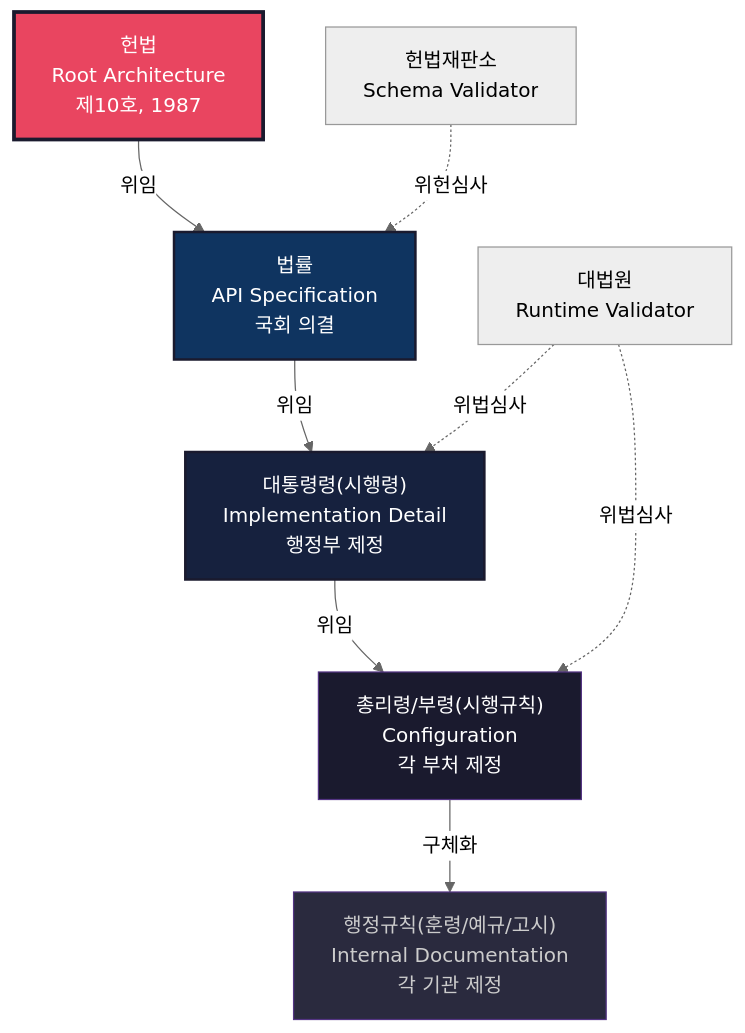
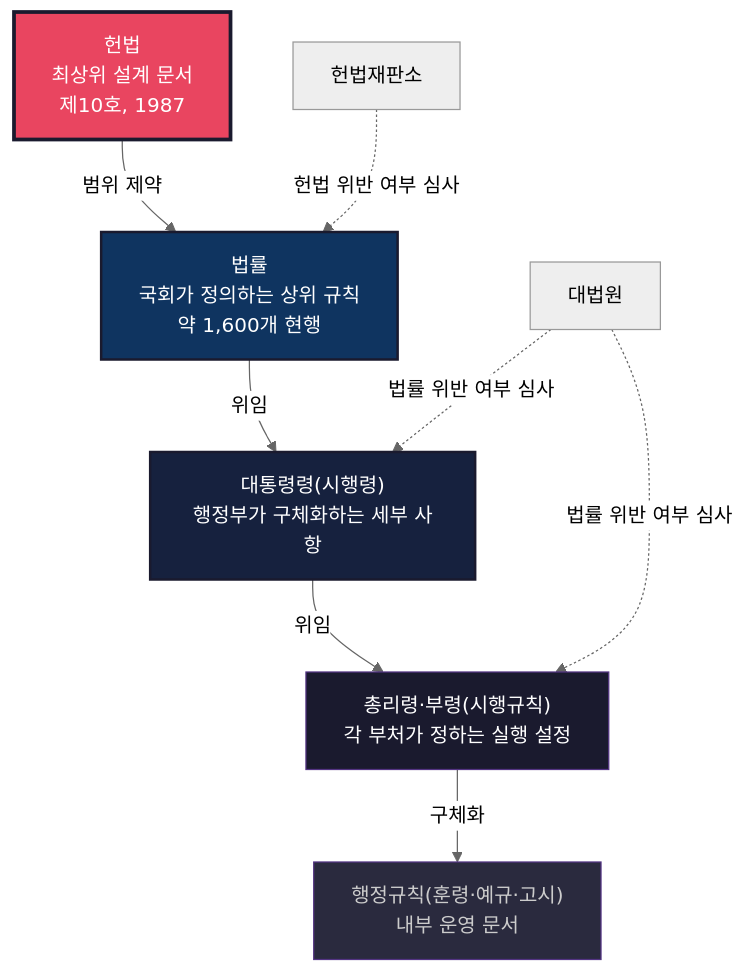
Before and after one commit to yeongseon/world-through-software-engineering: the second of 4 diagrams in docs/series/korea-systems/politics/system/constitution-as-root-architecture.md, drawn with Mermaid (neutral theme). The commit also changed other lines of this file and 1 other file, not shown here.

````diff
--- a/docs/series/korea-systems/politics/system/constitution-as-root-architecture.md
+++ b/docs/series/korea-systems/politics/system/constitution-as-root-architecture.md
@@ -151,26 +134,26 @@
 ```mermaid
 graph TD
-    CONST["헌법<br/>Root Architecture<br/>제10호, 1987"]
-    LAW["법률<br/>API Specification<br/>국회 의결"]
-    DECREE["대통령령(시행령)<br/>Implementation Detail<br/>행정부 제정"]
-    ORDINANCE["총리령/부령(시행규칙)<br/>Configuration<br/>각 부처 제정"]
-    RULE["행정규칙(훈령/예규/고시)<br/>Internal Documentation<br/>각 기관 제정"]
+    CONST["헌법<br/>최상위 설계 문서<br/>제10호, 1987"]
+    LAW["법률<br/>국회가 정의하는 상위 규칙<br/>약 1,600개 현행"]
+    DECREE["대통령령(시행령)<br/>행정부가 구체화하는 세부 사항"]
+    ORDINANCE["총리령·부령(시행규칙)<br/>각 부처가 정하는 실행 설정"]
+    RULE["행정규칙(훈령·예규·고시)<br/>내부 운영 문서"]
 
-    CONST -->|"위임"| LAW
+    CONST -->|"범위 제약"| LAW
     LAW -->|"위임"| DECREE
     DECREE -->|"위임"| ORDINANCE
     ORDINANCE -->|"구체화"| RULE
 
-    CC_CHECK["헌법재판소<br/>Schema Validator"]
-    SC_CHECK["대법원<br/>Runtime Validator"]
+    CC_CHECK["헌법재판소"]
+    SC_CHECK["대법원"]
 
-    CC_CHECK -.->|"위헌심사"| LAW
-    SC_CHECK -.->|"위법심사"| DECREE
-    SC_CHECK -.->|"위법심사"| ORDINANCE
+    CC_CHECK -.->|"헌법 위반 여부 심사"| LAW
+    SC_CHECK -.->|"법률 위반 여부 심사"| DECREE
+    SC_CHECK -.->|"법률 위반 여부 심사"| ORDINANCE
 
     style CONST fill:#e94560,stroke:#1a1a2e,stroke-width:3px,color:#fff
     style LAW fill:#0f3460,stroke:#1a1a2e,stroke-width:2px,color:#fff
     style DECREE fill:#16213e,stroke:#1a1a2e,stroke-width:2px,color:#fff
     style ORDINANCE fill:#1a1a2e,stroke:#533483,stroke-width:1px,color:#fff
     style RULE fill:#2a2a3e,stroke:#533483,stroke-width:1px,color:#ccc
 ```
````
